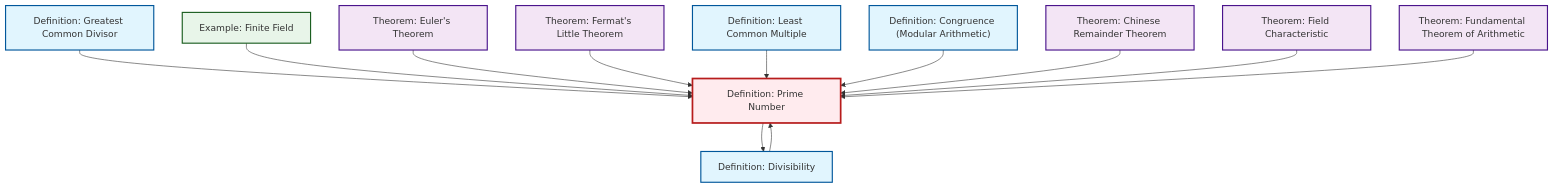
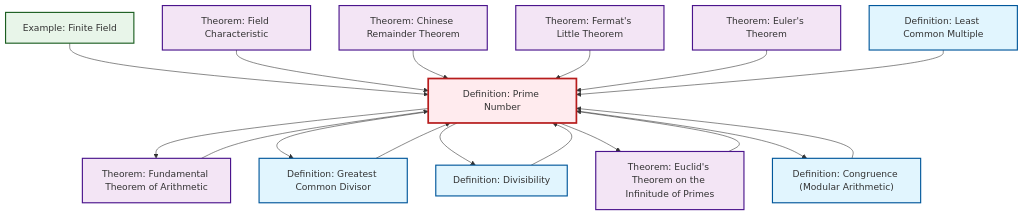
The diagram in content/en/number-theory/def-prime.qmd (RK0429/ModernMath), drawn with Mermaid before and after one commit. The commit also changed other lines of this file and 654 other files, not shown here.

````diff
--- a/content/en/number-theory/def-prime.qmd
+++ b/content/en/number-theory/def-prime.qmd
@@ -56,42 +65,49 @@
 ```{mermaid}
 %%| fig-cap: "Local dependency graph"
 graph TD
     classDef definition fill:#e1f5fe,stroke:#01579b,stroke-width:2px
     classDef theorem fill:#f3e5f5,stroke:#4a148c,stroke-width:2px
     classDef axiom fill:#fff3e0,stroke:#e65100,stroke-width:2px
     classDef example fill:#e8f5e9,stroke:#1b5e20,stroke-width:2px
     classDef current fill:#ffebee,stroke:#b71c1c,stroke-width:3px
+    thm-chinese-remainder["Theorem: Chinese Remainder Theorem"]:::theorem
+    thm-fermat-little["Theorem: Fermat's Little Theorem"]:::theorem
     def-gcd["Definition: Greatest Common Divisor"]:::definition
+    def-divisibility["Definition: Divisibility"]:::definition
+    thm-fundamental-arithmetic["Theorem: Fundamental Theorem of Arithmetic"]:::theorem
+    thm-euclid-infinitude-primes["Theorem: Euclid's Theorem on the Infinitude of Primes"]:::theorem
+    thm-field-characteristic["Theorem: Field Characteristic"]:::theorem
+    def-lcm["Definition: Least Common Multiple"]:::definition
     thm-euler["Theorem: Euler's Theorem"]:::theorem
-    thm-fermat-little["Theorem: Fermat's Little Theorem"]:::theorem
-    thm-fundamental-arithmetic["Theorem: Fundamental Theorem of Arithmetic"]:::theorem
-    def-lcm["Definition: Least Common Multiple"]:::definition
-    def-congruence["Definition: Congruence (Modular Arithmetic)"]:::definition
-    def-divisibility["Definition: Divisibility"]:::definition
-    thm-chinese-remainder["Theorem: Chinese Remainder Theorem"]:::theorem
     ex-finite-field["Example: Finite Field"]:::example
     def-prime["Definition: Prime Number"]:::definition
-    thm-field-characteristic["Theorem: Field Characteristic"]:::theorem
+    def-congruence["Definition: Congruence (Modular Arithmetic)"]:::definition
+    thm-euclid-infinitude-primes --> def-prime
+    ex-finite-field --> def-prime
+    def-prime --> thm-fundamental-arithmetic
+    def-gcd --> def-prime
+    thm-field-characteristic --> def-prime
+    thm-chinese-remainder --> def-prime
+    thm-fermat-little --> def-prime
+    thm-fundamental-arithmetic --> def-prime
+    thm-euler --> def-prime
+    def-prime --> def-gcd
+    def-lcm --> def-prime
     def-divisibility --> def-prime
-    def-gcd --> def-prime
-    ex-finite-field --> def-prime
-    thm-euler --> def-prime
-    thm-fermat-little --> def-prime
-    def-lcm --> def-prime
     def-congruence --> def-prime
     def-prime --> def-divisibility
-    thm-chinese-remainder --> def-prime
-    thm-field-characteristic --> def-prime
-    thm-fundamental-arithmetic --> def-prime
+    def-prime --> thm-euclid-infinitude-primes
+    def-prime --> def-congruence
     class def-prime current
+    click thm-chinese-remainder "thm-chinese-remainder.html" "Go to Chinese Remainder Theorem theorem"
+    click thm-fermat-little "thm-fermat-little.html" "Go to Fermat's Little Theorem theorem"
     click def-gcd "def-gcd.html" "Go to Greatest Common Divisor definition"
+    click def-divisibility "def-divisibility.html" "Go to Divisibility definition"
+    click thm-fundamental-arithmetic "thm-fundamental-arithmetic.html" "Go to Fundamental Theorem of Arithmetic theorem"
+    click thm-euclid-infinitude-primes "thm-euclid-infinitude-primes.html" "Go to Euclid's Theorem on the Infinitude of Primes theorem"
+    click thm-field-characteristic "thm-field-characteristic.html" "Go to Field Characteristic theorem"
+    click def-lcm "def-lcm.html" "Go to Least Common Multiple definition"
     click thm-euler "thm-euler.html" "Go to Euler's Theorem theorem"
-    click thm-fermat-little "thm-fermat-little.html" "Go to Fermat's Little Theorem theorem"
-    click thm-fundamental-arithmetic "thm-fundamental-arithmetic.html" "Go to Fundamental Theorem of Arithmetic theorem"
-    click def-lcm "def-lcm.html" "Go to Least Common Multiple definition"
+    click ex-finite-field "ex-finite-field.html" "Go to Finite Field example"
     click def-congruence "def-congruence.html" "Go to Congruence (Modular Arithmetic) definition"
-    click def-divisibility "def-divisibility.html" "Go to Divisibility definition"
-    click thm-chinese-remainder "thm-chinese-remainder.html" "Go to Chinese Remainder Theorem theorem"
-    click ex-finite-field "ex-finite-field.html" "Go to Finite Field example"
-    click thm-field-characteristic "thm-field-characteristic.html" "Go to Field Characteristic theorem"
 ```
````
